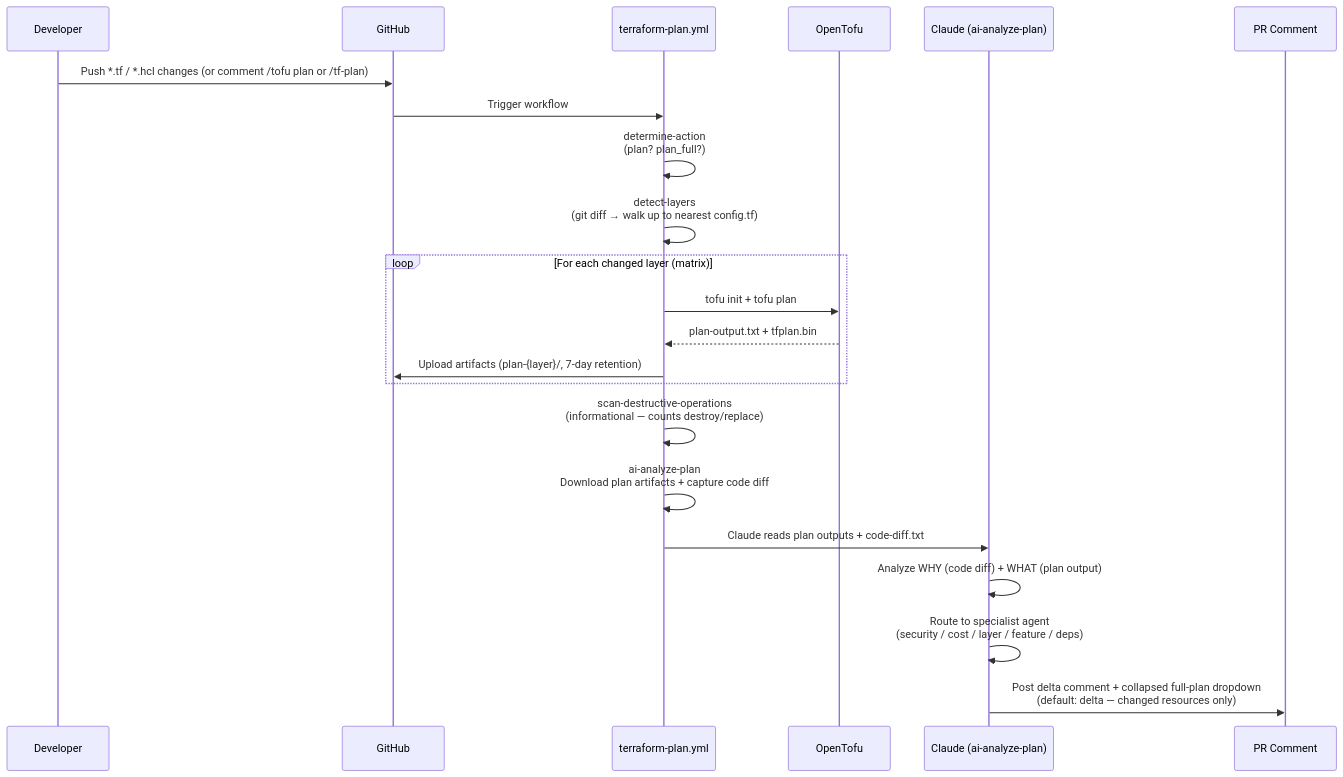
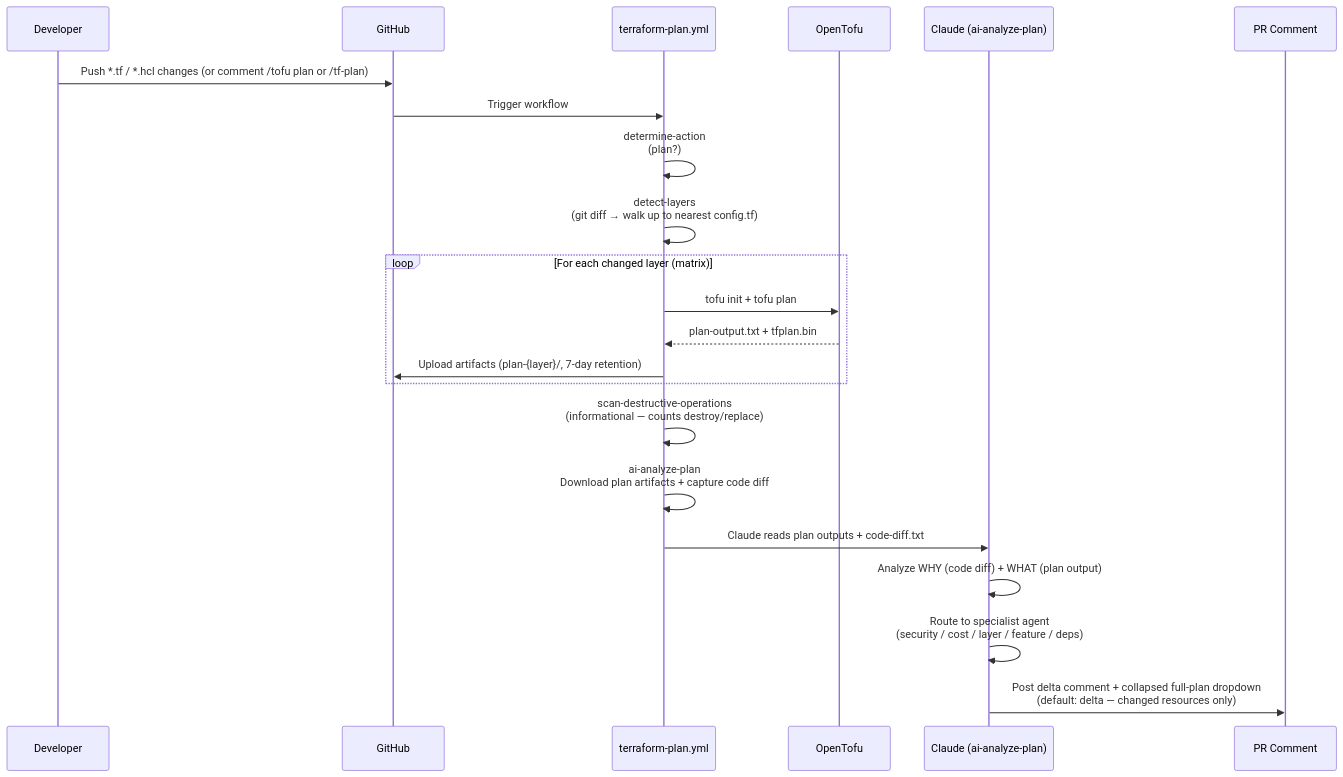
The diagram in .github/docs/claude-workflows.md (binbashar/le-tf-infra-aws), drawn with Mermaid before and after one commit. The commit also changed other lines of this file and 5 other files, not shown here.

First line of the commit message:
refactor: drop the "full plan" command/mode, document the decision

````diff
--- a/.github/docs/claude-workflows.md
+++ b/.github/docs/claude-workflows.md
@@ -28,29 +28,29 @@
 ```mermaid
 sequenceDiagram
     participant Dev as Developer
     participant GH as GitHub
     participant WF as terraform-plan.yml
     participant Tofu as OpenTofu
     participant AI as Claude (ai-analyze-plan)
     participant PR as PR Comment
 
     Dev->>GH: Push *.tf / *.hcl changes (or comment /tofu plan or /tf-plan)
     GH->>WF: Trigger workflow
 
-    WF->>WF: determine-action<br/>(plan? plan_full?)
+    WF->>WF: determine-action<br/>(plan?)
     WF->>WF: detect-layers<br/>(git diff → walk up to nearest config.tf)
 
     loop For each changed layer (matrix)
         WF->>Tofu: tofu init + tofu plan
         Tofu-->>WF: plan-output.txt + tfplan.bin
         WF->>GH: Upload artifacts (plan-{layer}/, 7-day retention)
     end
 
     WF->>WF: scan-destructive-operations<br/>(informational — counts destroy/replace)
     WF->>WF: ai-analyze-plan<br/>Download plan artifacts + capture code diff
 
     WF->>AI: Claude reads plan outputs + code-diff.txt
     AI->>AI: Analyze WHY (code diff) + WHAT (plan output)
     AI->>AI: Route to specialist agent<br/>(security / cost / layer / feature / deps)
     AI->>PR: Post delta comment + collapsed full-plan dropdown<br/>(default: delta — changed resources only)
 ```
````
